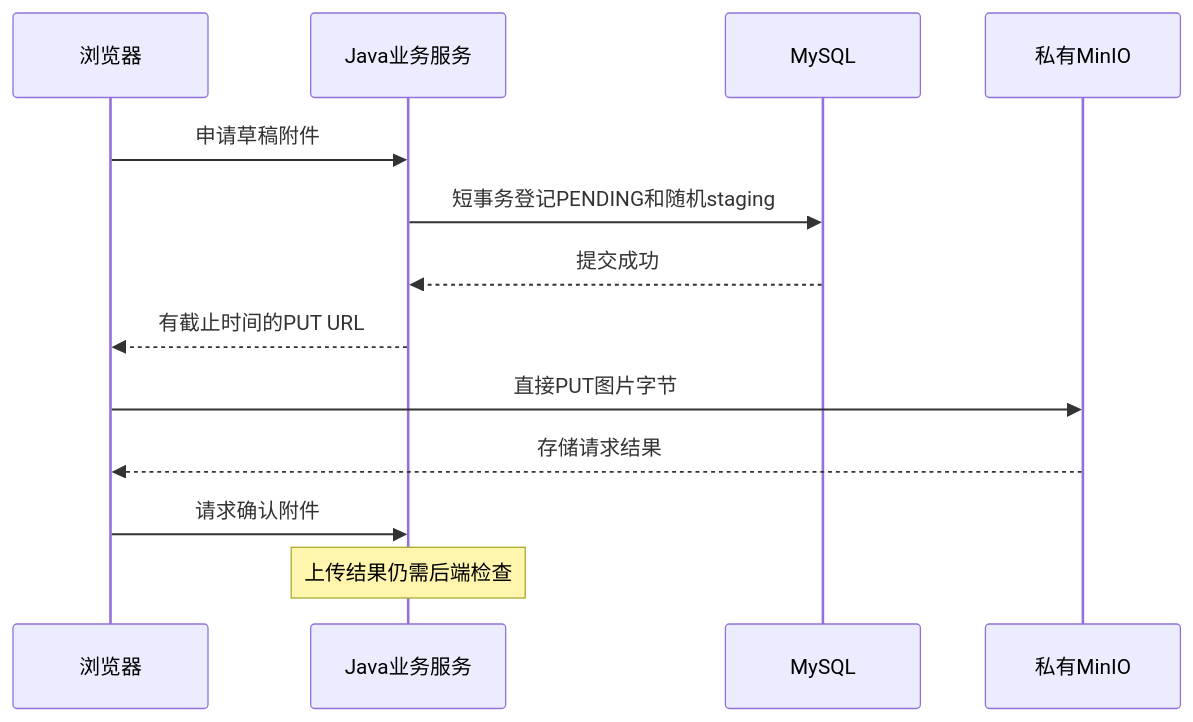
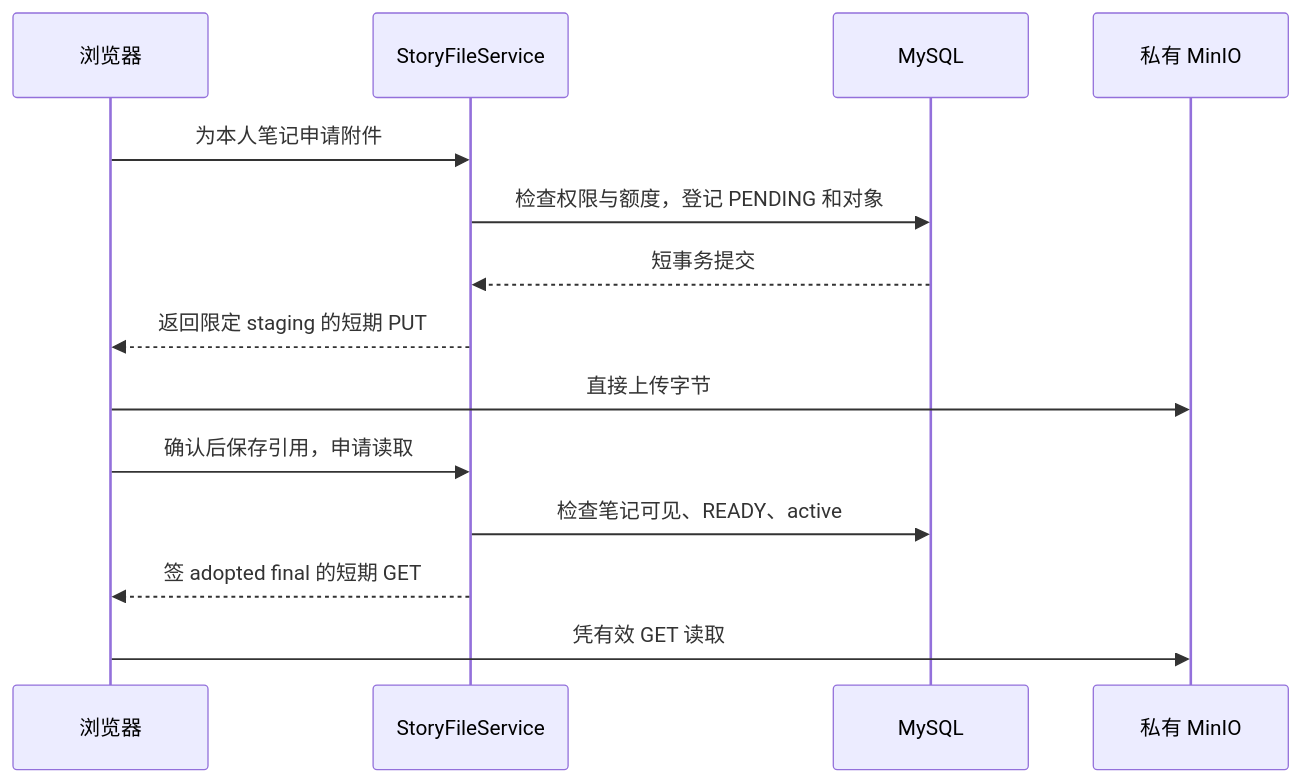
One commit to SyH-101/citypass-platform changed the first of 6 diagrams in 03-活动笔记发布与文件管理.md. Above: the diagram before and after it, drawn with Mermaid. The commit also changed other lines of this file, not shown here.

````diff
--- a/03-活动笔记发布与文件管理.md
+++ b/03-活动笔记发布与文件管理.md
@@ -59,15 +164,16 @@
 ```mermaid
 sequenceDiagram
     participant B as 浏览器
-    participant J as Java业务服务
+    participant A as StoryFileService
     participant D as MySQL
-    participant M as 私有MinIO
-    B->>J: 申请草稿附件
-    J->>D: 短事务登记PENDING和随机staging
-    D-->>J: 提交成功
-    J-->>B: 有截止时间的PUT URL
-    B->>M: 直接PUT图片字节
-    M-->>B: 存储请求结果
-    B->>J: 请求确认附件
-    Note over J: 上传结果仍需后端检查
+    participant M as 私有 MinIO
+    B->>A: 为本人笔记申请附件
+    A->>D: 检查权限与额度，登记 PENDING 和对象
+    D-->>A: 短事务提交
+    A-->>B: 返回限定 staging 的短期 PUT
+    B->>M: 直接上传字节
+    B->>A: 确认后保存引用，申请读取
+    A->>D: 检查笔记可见、READY、active
+    A-->>B: 签 adopted final 的短期 GET
+    B->>M: 凭有效 GET 读取
 ```
````
